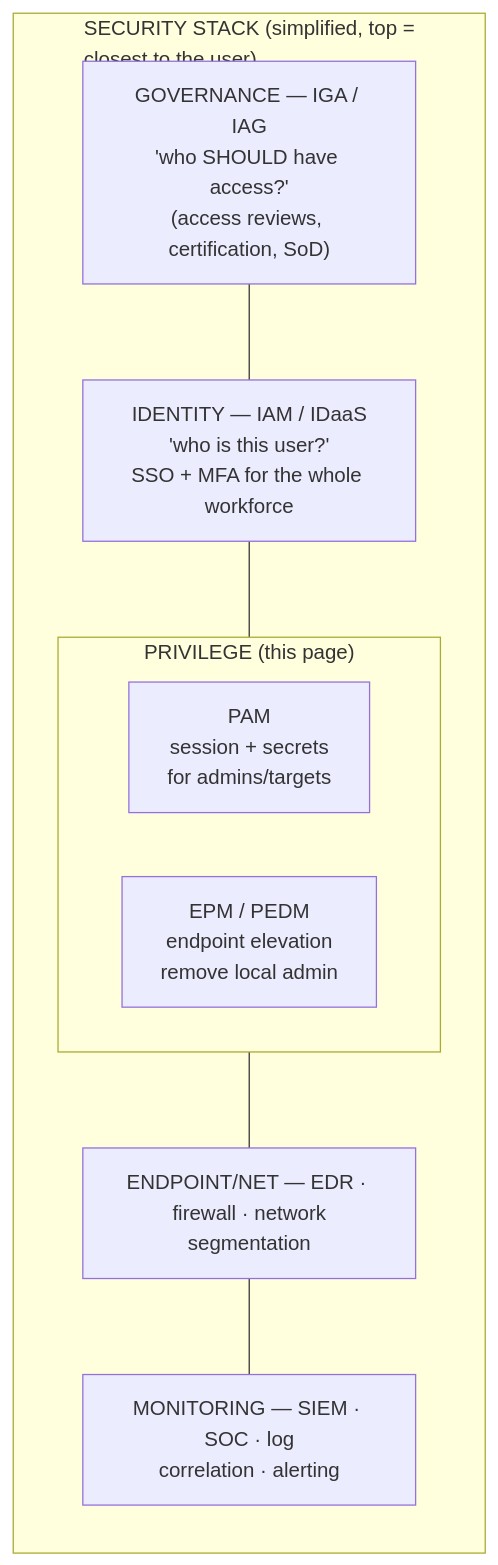
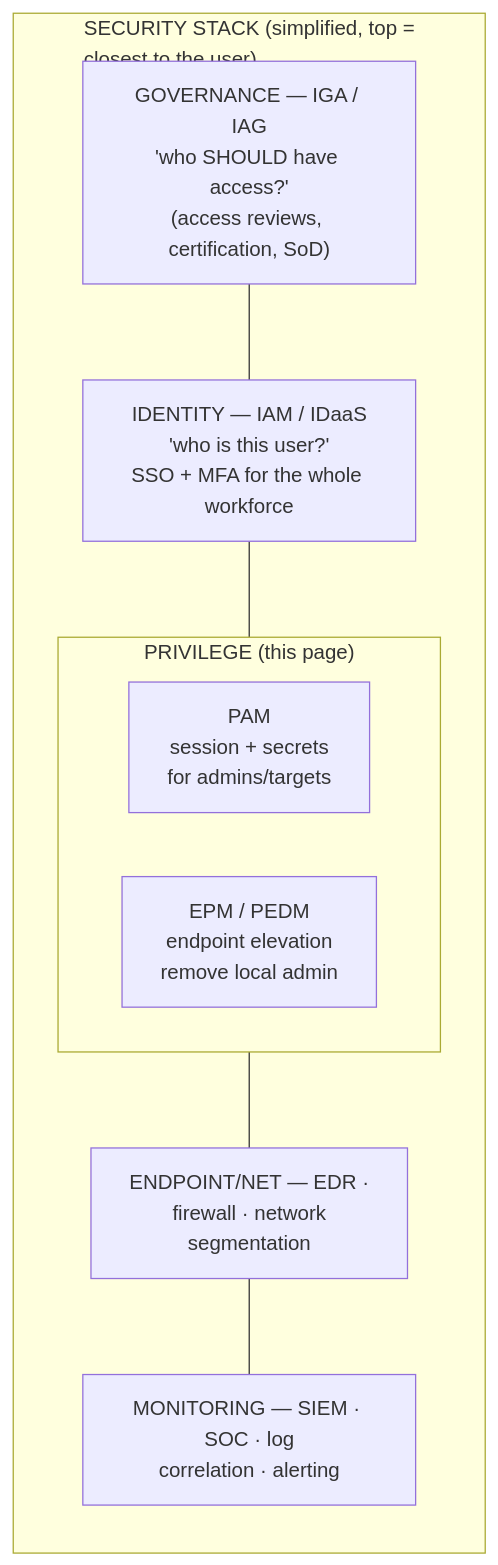
The first of 2 diagrams in foundations/what-is-pam.md (morandeirachema/WallixCerts), drawn with Mermaid before and after one commit. The commit also changed 35 other files, not shown here.

First line of the commit message:
Tidy Mermaid boxes: balanced wrapping at a narrower width (36)

````diff
--- a/foundations/what-is-pam.md
+++ b/foundations/what-is-pam.md
@@ -152,16 +152,16 @@
 ```mermaid
 flowchart TD
     subgraph STACK["SECURITY STACK (simplified, top =<br/>closest to the user)"]
         direction TB
         GOV["GOVERNANCE — IGA / IAG<br/>'who SHOULD have access?'<br/>(access reviews, certification, SoD)"]
         IDENT["IDENTITY — IAM / IDaaS<br/>'who is this user?'<br/>SSO + MFA for the whole workforce"]
         subgraph PRIV["PRIVILEGE (this page)"]
             direction LR
             PAM["PAM<br/>session + secrets<br/>for admins/targets"]
             EPM["EPM / PEDM<br/>endpoint elevation<br/>remove local admin"]
         end
-        ENDP["ENDPOINT/NET — EDR · firewall · network<br/>segmentation"]
+        ENDP["ENDPOINT/NET — EDR ·<br/>firewall · network<br/>segmentation"]
         MON["MONITORING — SIEM · SOC · log<br/>correlation · alerting"]
         GOV --- IDENT --- PRIV --- ENDP --- MON
     end
 ```
````
